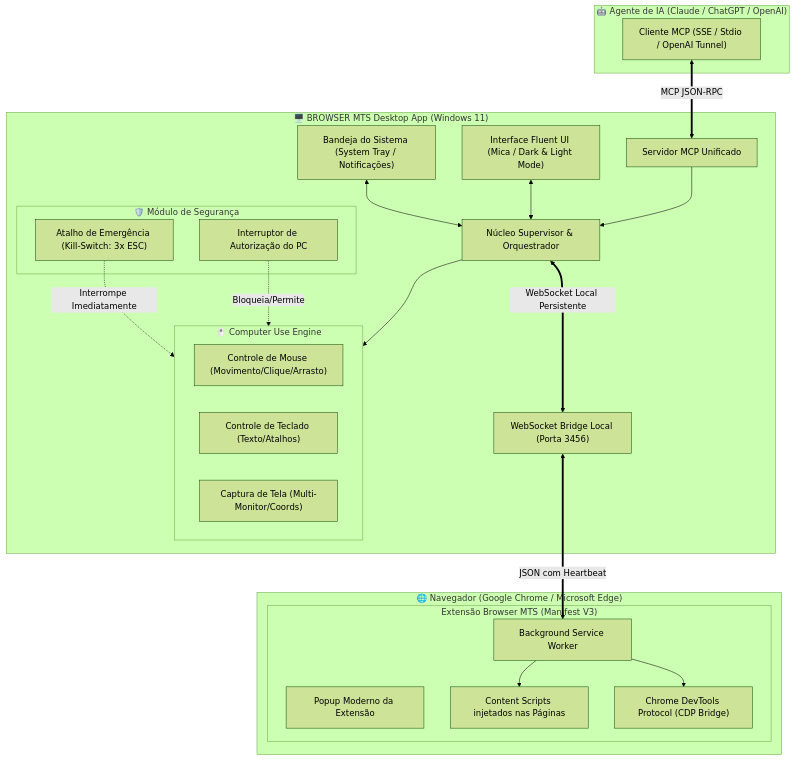
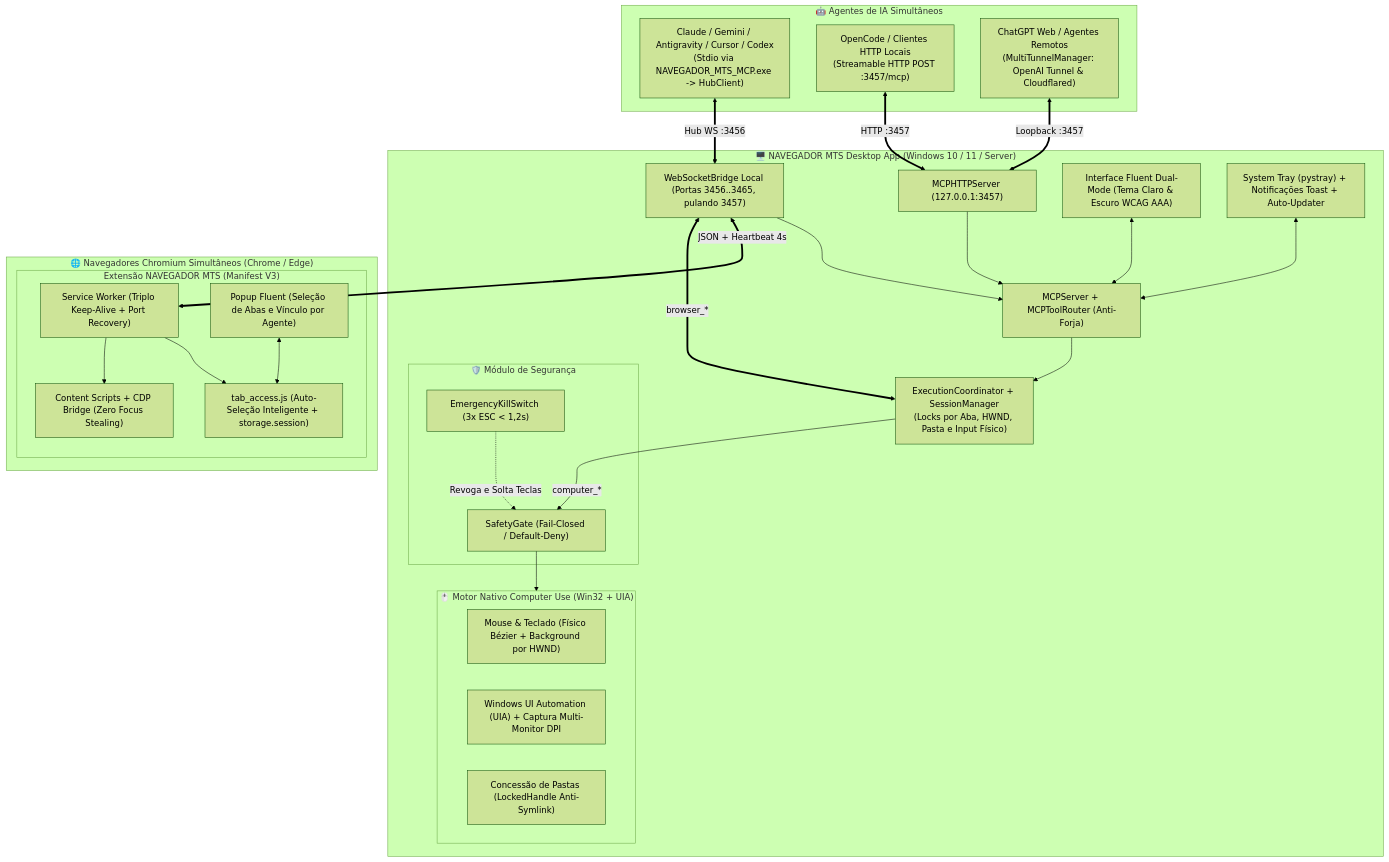
Before and after one commit to mmatteuus/NAVEGADOR_MTS: the diagram in docs/01-VISAO-GERAL-E-ARQUITETURA.md, drawn with Mermaid (forest theme). The commit also changed other lines of this file and 79 other files, not shown here.

Commit message:
feat(v2.4.0): suporte Multi-IA simultaneo, multi-tuneis, extensao MV3 resiliente, UI dual-mode claro/escuro WCAG AAA, Windows universal, auto-update corrigido e skills

````diff
--- a/docs/01-VISAO-GERAL-E-ARQUITETURA.md
+++ b/docs/01-VISAO-GERAL-E-ARQUITETURA.md
@@ -19,48 +15,55 @@
 ```mermaid
 flowchart TD
-    subgraph IA["🤖 Agente de IA (Claude / ChatGPT / OpenAI)"]
-        AI_AGENT["Cliente MCP (SSE / Stdio / OpenAI Tunnel)"]
+    subgraph IA["🤖 Agentes de IA Simultâneos"]
+        STDIO_AGENTS["Claude / Gemini / Antigravity / Cursor / Codex\n(Stdio via NAVEGADOR_MTS_MCP.exe -> HubClient)"]
+        HTTP_AGENTS["OpenCode / Clientes HTTP Locais\n(Streamable HTTP POST :3457/mcp)"]
+        TUNNEL_AGENTS["ChatGPT Web / Agentes Remotos\n(MultiTunnelManager: OpenAI Tunnel & Cloudflared)"]
     end
 
-    subgraph DESKTOP["🖥️ BROWSER MTS Desktop App (Windows 11)"]
-        CORE["Núcleo Supervisor & Orquestrador"]
-        MCP_SERVER["Servidor MCP Unificado"]
-        WS_BRIDGE["WebSocket Bridge Local (Porta 3456)"]
+    subgraph DESKTOP["🖥️ NAVEGADOR MTS Desktop App (Windows 10 / 11 / Server)"]
+        MCP_HTTP["MCPHTTPServer (127.0.0.1:3457)"]
+        MCP_CORE["MCPServer + MCPToolRouter (Anti-Forja)"]
+        COORD["ExecutionCoordinator + SessionManager\n(Locks por Aba, HWND, Pasta e Input Físico)"]
+        WS_BRIDGE["WebSocketBridge Local (Portas 3456..3465, pulando 3457)"]
         
         subgraph SECURITY["🛡️ Módulo de Segurança"]
-            AUTH_GATE["Interruptor de Autorização do PC"]
-            KILL_SWITCH["Atalho de Emergência (Kill-Switch: 3x ESC)"]
+            AUTH_GATE["SafetyGate (Fail-Closed / Default-Deny)"]
+            KILL_SWITCH["EmergencyKillSwitch (3x ESC < 1,2s)"]
         end
         
-        subgraph OS_AUTOMATION["🖱️ Computer Use Engine"]
-            MOUSE["Controle de Mouse (Movimento/Clique/Arrasto)"]
-            KEYBOARD["Controle de Teclado (Texto/Atalhos)"]
-            SCREEN["Captura de Tela (Multi-Monitor/Coords)"]
+        subgraph OS_AUTOMATION["🖱️ Motor Nativo Computer Use (Win32 + UIA)"]
+            MOUSE_KB["Mouse & Teclado (Físico Bézier + Background por HWND)"]
+            UIA_WIN["Windows UI Automation (UIA) + Captura Multi-Monitor DPI"]
+            FOLDERS["Concessão de Pastas (LockedHandle Anti-Symlink)"]
         end
         
-        UI["Interface Fluent UI (Mica / Dark & Light Mode)"]
-        TRAY["Bandeja do Sistema (System Tray / Notificações)"]
+        UI["Interface Fluent Dual-Mode (Tema Claro & Escuro WCAG AAA)"]
+        TRAY["System Tray (pystray) + Notificações Toast + Auto-Updater"]
     end
 
-    subgraph BROWSER["🌐 Navegador (Google Chrome / Microsoft Edge)"]
-        subgraph EXTENSION["Extensão Browser MTS (Manifest V3)"]
-            BG_WORKER["Background Service Worker"]
-            POPUP["Popup Moderno da Extensão"]
-            CONTENT["Content Scripts injetados nas Páginas"]
-            DEVTOOLS["Chrome DevTools Protocol (CDP Bridge)"]
+    subgraph BROWSER["🌐 Navegadores Chromium Simultâneos (Chrome / Edge)"]
+        subgraph EXTENSION["Extensão NAVEGADOR MTS (Manifest V3)"]
+            BG_WORKER["Service Worker (Triplo Keep-Alive + Port Recovery)"]
+            TAB_ACCESS["tab_access.js (Auto-Seleção Inteligente + storage.session)"]
+            POPUP["Popup Fluent (Seleção de Abas e Vínculo por Agente)"]
+            CONTENT["Content Scripts + CDP Bridge (Zero Focus Stealing)"]
         end
     end
 
-    %% Conexões
-    AI_AGENT <==>|"MCP JSON-RPC"| MCP_SERVER
-    MCP_SERVER --> CORE
-    CORE --> OS_AUTOMATION
-    AUTH_GATE -.->|"Bloqueia/Permite"| OS_AUTOMATION
-    KILL_SWITCH -.->|"Interrompe Imediatamente"| OS_AUTOMATION
-    CORE <==>|"WebSocket Local Persistente"| WS_BRIDGE
-    WS_BRIDGE <==>|"JSON com Heartbeat"| BG_WORKER
+    STDIO_AGENTS <==>|"Hub WS :3456"| WS_BRIDGE
+    HTTP_AGENTS <==>|"HTTP :3457"| MCP_HTTP
+    TUNNEL_AGENTS <==>|"Loopback :3457"| MCP_HTTP
+    MCP_HTTP --> MCP_CORE
+    WS_BRIDGE --> MCP_CORE
+    MCP_CORE --> COORD
+    COORD -->|"computer_*"| AUTH_GATE
+    AUTH_GATE --> OS_AUTOMATION
+    KILL_SWITCH -.->|"Revoga e Solta Teclas"| AUTH_GATE
+    COORD <==>|"browser_*"| WS_BRIDGE
+    WS_BRIDGE <==>|"JSON + Heartbeat 4s"| BG_WORKER
+    BG_WORKER --> TAB_ACCESS
     BG_WORKER --> CONTENT
-    BG_WORKER --> DEVTOOLS
-    UI <--> CORE
-    TRAY <--> CORE
+    POPUP <--> TAB_ACCESS
+    UI <--> MCP_CORE
+    TRAY <--> MCP_CORE
 ```
````
